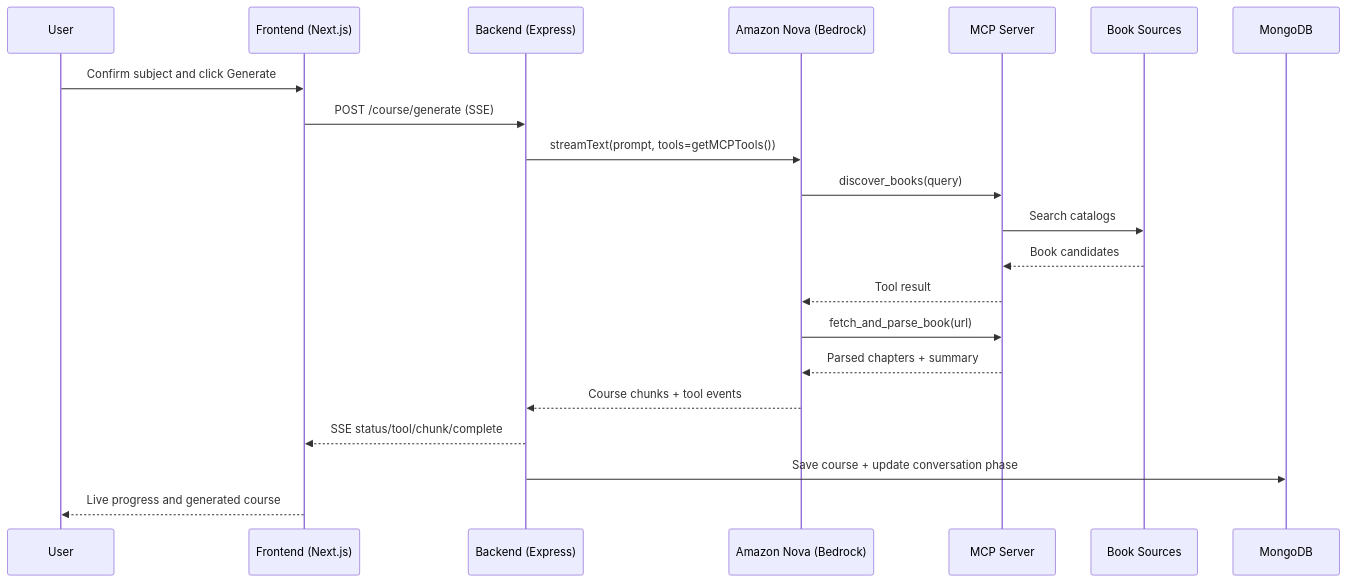
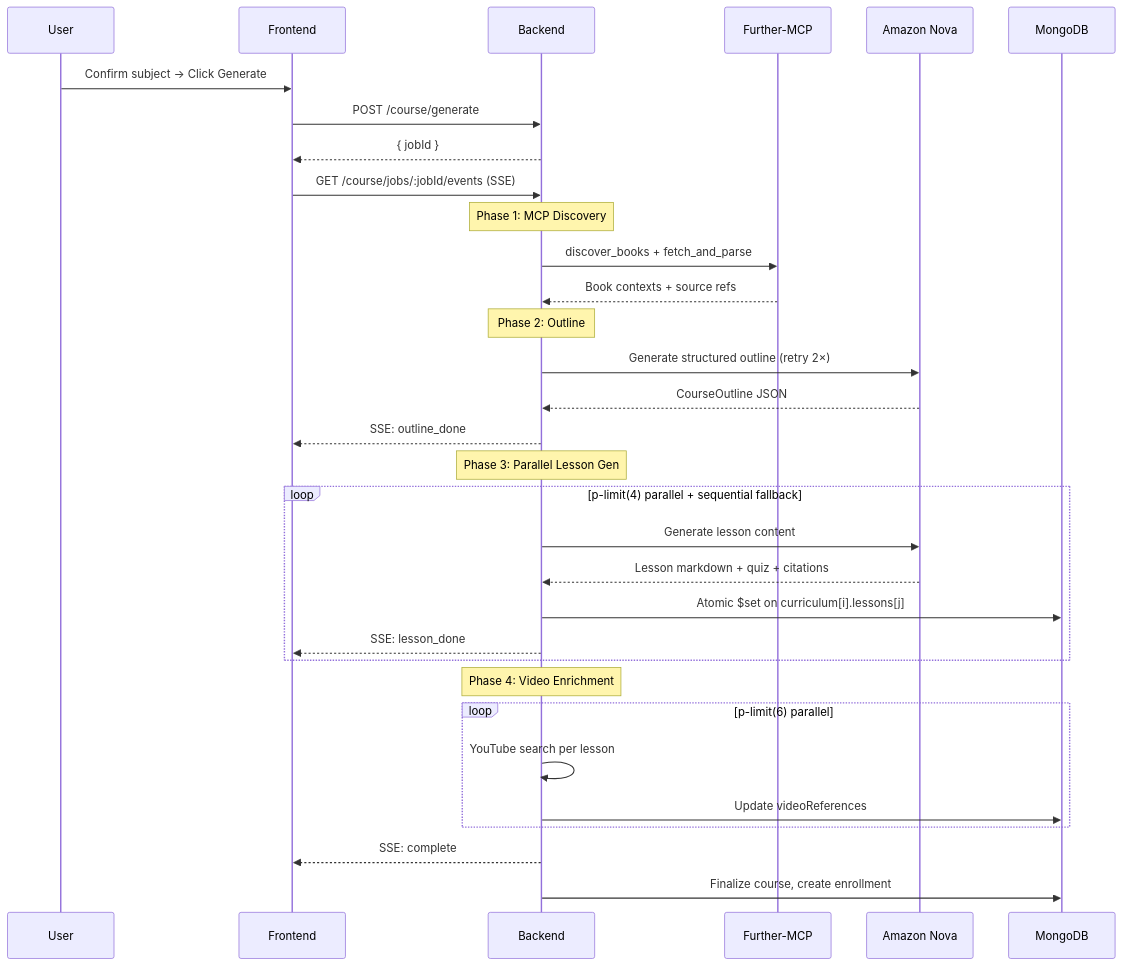
Before and after one commit to TECHIES-V1/TheTutor: the third of 3 diagrams in README.md, drawn with Mermaid. The commit also changed other lines of this file and 10 other files, not shown here.

````diff
--- a/README.md
+++ b/README.md
@@ -93,24 +107,40 @@
 ```mermaid
 sequenceDiagram
     participant User
-    participant FE as Frontend (Next.js)
-    participant API as Backend (Express)
-    participant Nova as Amazon Nova (Bedrock)
-    participant MCP as MCP Server
-    participant Sources as Book Sources
+    participant FE as Frontend
+    participant API as Backend
+    participant MCP as Further-MCP
+    participant Nova as Amazon Nova
     participant DB as MongoDB
 
-    User->>FE: Confirm subject and click Generate
-    FE->>API: POST /course/generate (SSE)
-    API->>Nova: streamText(prompt, tools=getMCPTools())
-    Nova->>MCP: discover_books(query)
-    MCP->>Sources: Search catalogs
-    Sources-->>MCP: Book candidates
-    MCP-->>Nova: Tool result
-    Nova->>MCP: fetch_and_parse_book(url)
-    MCP-->>Nova: Parsed chapters + summary
-    Nova-->>API: Course chunks + tool events
-    API-->>FE: SSE status/tool/chunk/complete
-    API->>DB: Save course + update conversation phase
-    FE-->>User: Live progress and generated course
+    User->>FE: Confirm subject → Click Generate
+    FE->>API: POST /course/generate
+    API-->>FE: { jobId }
+    FE->>API: GET /course/jobs/:jobId/events (SSE)
+
+    Note over API: Phase 1: MCP Discovery
+    API->>MCP: discover_books + fetch_and_parse
+    MCP-->>API: Book contexts + source refs
+
+    Note over API: Phase 2: Outline
+    API->>Nova: Generate structured outline (retry 2×)
+    Nova-->>API: CourseOutline JSON
+    API-->>FE: SSE: outline_done
+
+    Note over API: Phase 3: Parallel Lesson Gen
+    loop p-limit(4) parallel + sequential fallback
+        API->>Nova: Generate lesson content
+        Nova-->>API: Lesson markdown + quiz + citations
+        API->>DB: Atomic $set on curriculum[i].lessons[j]
+        API-->>FE: SSE: lesson_done
+    end
+
+    Note over API: Phase 4: Video Enrichment
+    loop p-limit(6) parallel
+        API->>API: YouTube search per lesson
+        API->>DB: Update videoReferences
+    end
+    API-->>FE: SSE: complete
+
+    API->>DB: Finalize course, create enrollment
 ```
````
